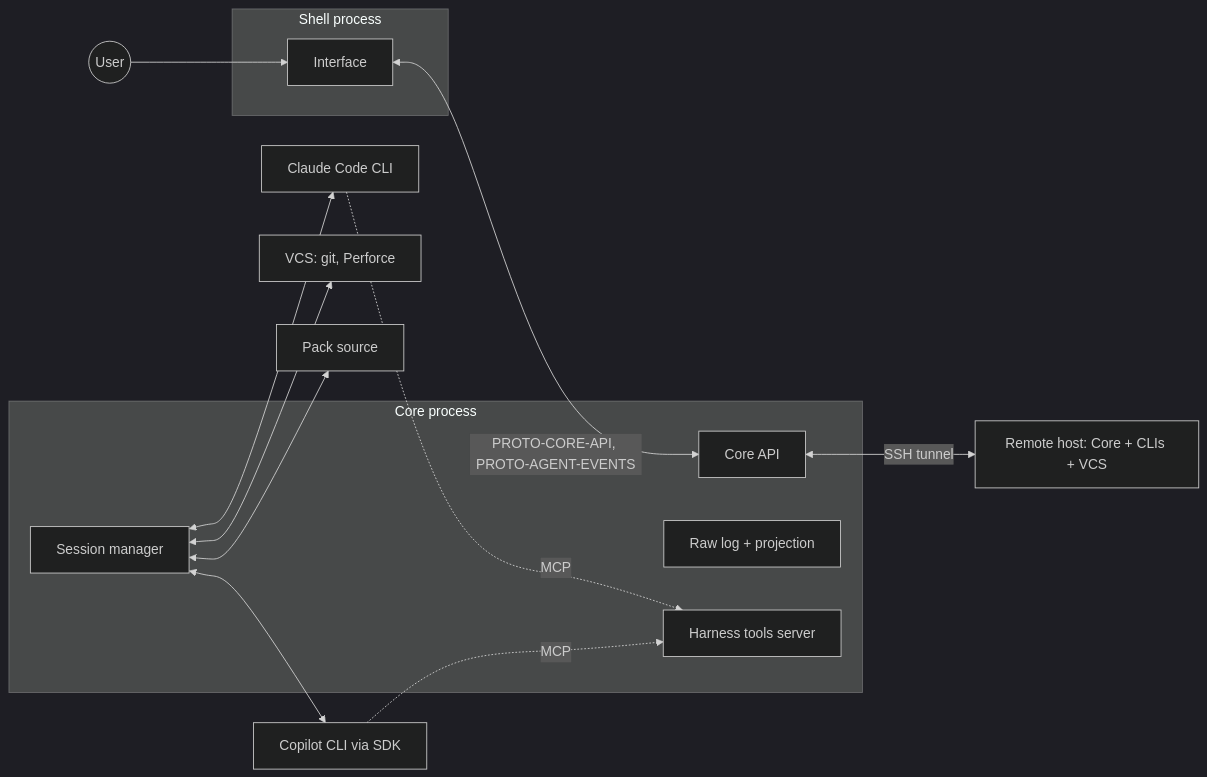
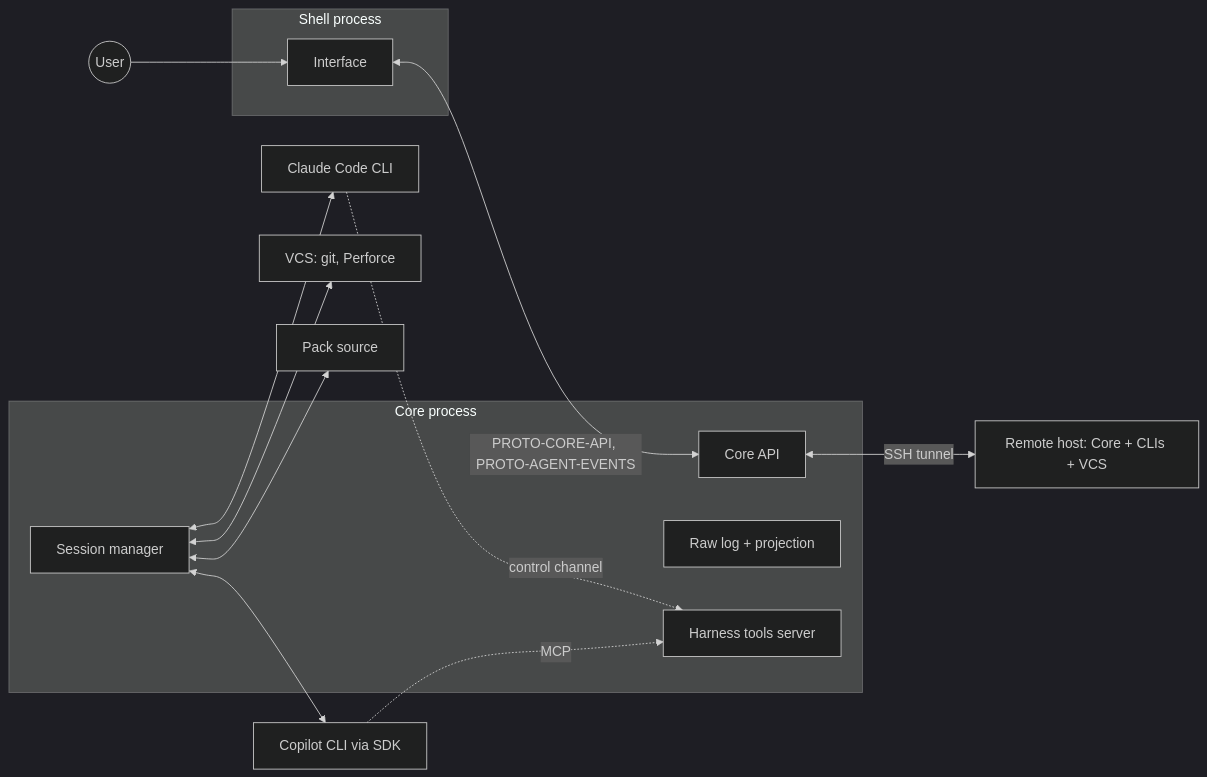
One commit to CYGNAL-WORKS/ersa changed the diagram in docs/briefs/ARCH-CORE.md. Above: the diagram before and after it, drawn with Mermaid (dark theme). The commit also changed other lines of this file and 7 other files, not shown here.

````diff
--- a/docs/briefs/ARCH-CORE.md
+++ b/docs/briefs/ARCH-CORE.md
@@ -17,27 +17,27 @@
 ```mermaid
 flowchart LR
   user((User))
   subgraph shell [Shell process]
     ui[Interface]
   end
   subgraph core [Core process]
     api[Core API]
     sm[Session manager]
     log[Raw log + projection]
     tools[Harness tools server]
   end
   claude[Claude Code CLI]
   copilot[Copilot CLI via SDK]
   remote[Remote host: Core + CLIs + VCS]
   vcs[VCS: git, Perforce]
   packs[Pack source]
   user --> ui
   ui <-->|PROTO-CORE-API, PROTO-AGENT-EVENTS| api
   sm <--> claude
   sm <--> copilot
   api <-->|SSH tunnel| remote
   sm <--> vcs
   sm <--> packs
-  claude -.MCP.-> tools
+  claude -.control channel.-> tools
   copilot -.MCP.-> tools
 ```
````
